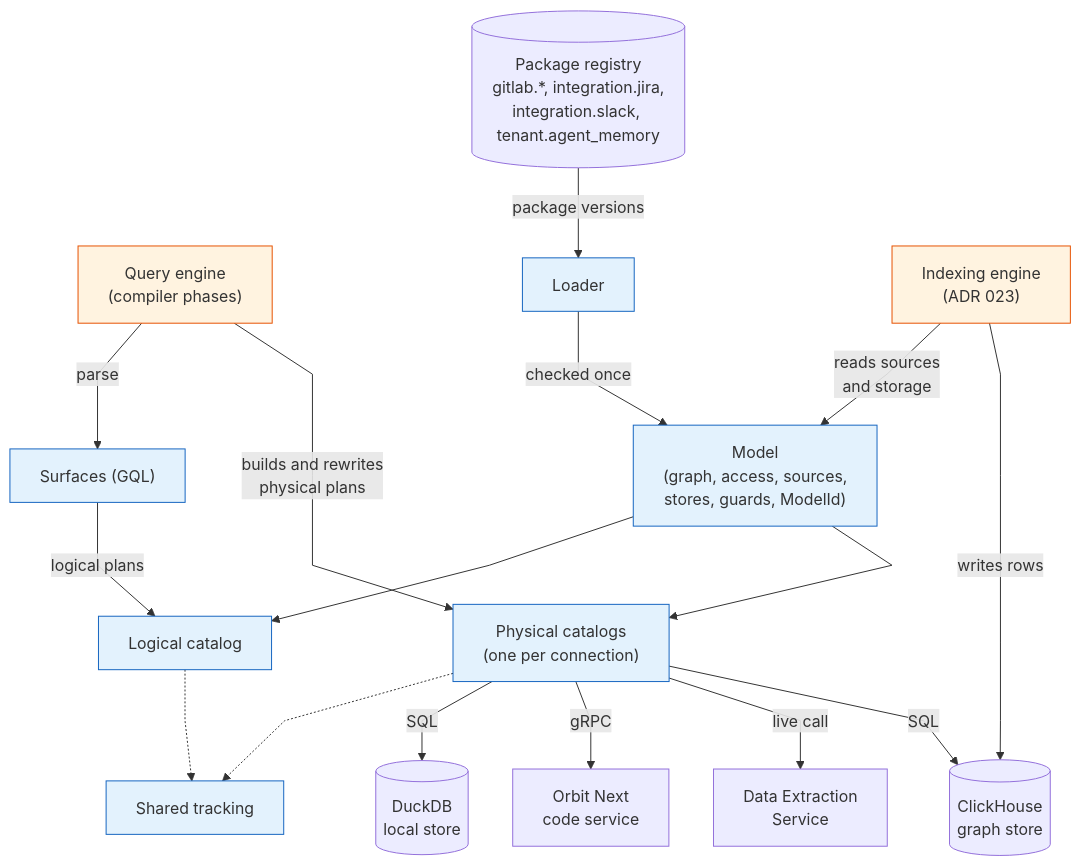
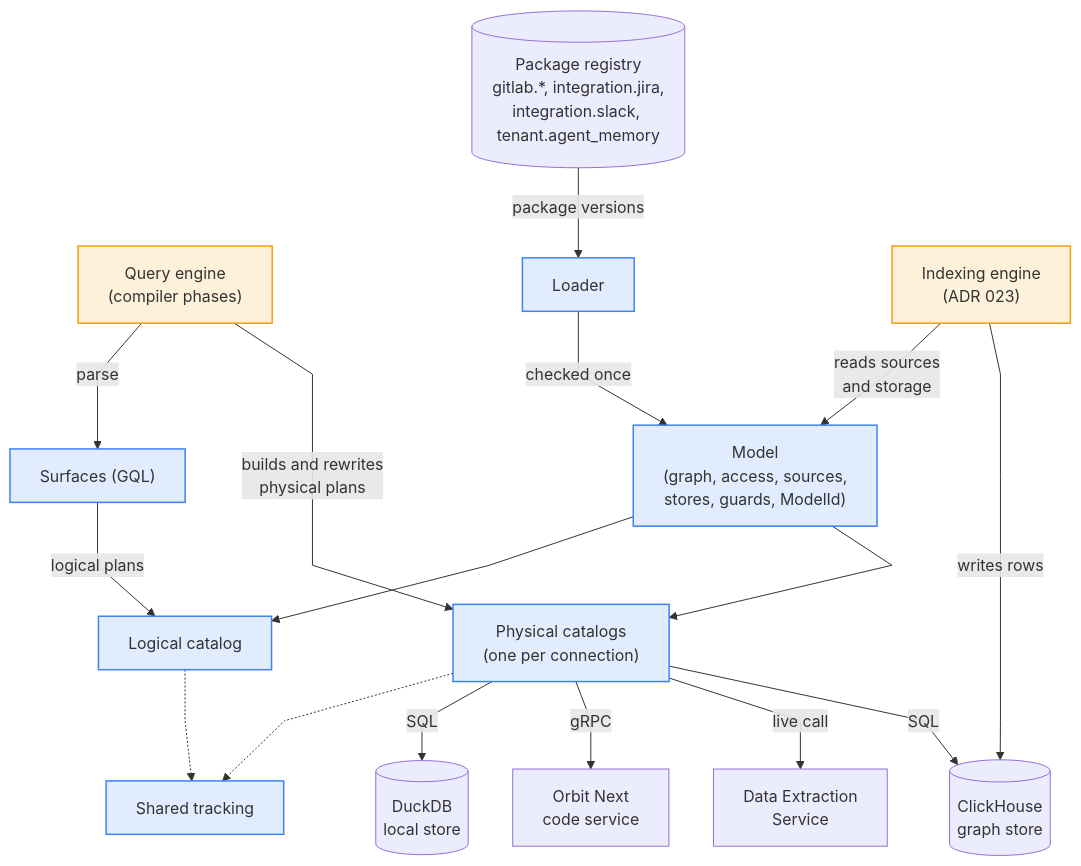
The first of 8 diagrams in docs/pages/engineering/adr/024_pluggable_data_model.md (gitlabhq/orbit-knowledge-graph), drawn with Mermaid before and after one commit.

Commit message:
docs(adr): use the alpha palette in the ADR 024 system diagram

````diff
--- a/docs/pages/engineering/adr/024_pluggable_data_model.md
+++ b/docs/pages/engineering/adr/024_pluggable_data_model.md
@@ -65,40 +65,40 @@
 ```mermaid
 %%{init: {"flowchart": {"curve": "linear", "nodeSpacing": 45, "rankSpacing": 55}}}%%
 flowchart TB
     accTitle: The data model in one picture
     accDescr: The package registry feeds the loader, which checks packages once into the model. The model exposes a logical catalog and one physical catalog per connection, both built on shared tracking. The query engine parses through the surfaces and builds and rewrites physical plans through the catalogs, which send SQL, gRPC or live calls to the backends. The indexing engine reads sources and storage from the model and writes rows to ClickHouse.
     REG[("Package registry<br/>gitlab.*, integration.jira,<br/>integration.slack, tenant.agent_memory")]
     E["Query engine<br/>(compiler phases)"]
     L["Loader"]
     IX["Indexing engine<br/>(ADR 023)"]
     S["Surfaces (GQL)"]
     M["Model<br/>(graph, access, sources,<br/>stores, guards, ModelId)"]
     LC["Logical catalog"]
     PC["Physical catalogs<br/>(one per connection)"]
     T["Shared tracking"]
     DD[("DuckDB<br/>local store")]
     ON["Orbit Next<br/>code service"]
     DES["Data Extraction<br/>Service"]
     CH[("ClickHouse<br/>graph store")]
 
     REG -->|package versions| L
     L -->|checked once| M
     E -->|parse| S
     S -->|logical plans| LC
     M --> LC
     M --> PC
     E -->|builds and rewrites<br/>physical plans| PC
     IX -->|reads sources<br/>and storage| M
     LC -.-> T
     PC -.-> T
     PC -->|SQL| DD
     PC -->|gRPC| ON
     PC -->|live call| DES
     PC -->|SQL| CH
     IX -->|writes rows| CH
 
-    classDef qdm fill:#E3F2FD,stroke:#1565C0
-    classDef engine fill:#FFF3E0,stroke:#E65100
+    classDef qdm fill:#3B82F626,stroke:#3B82F6,stroke-width:1.5px
+    classDef engine fill:#F59E0B26,stroke:#F59E0B,stroke-width:1.5px
     class L,M,S,LC,PC,T qdm
     class E,IX engine
 ```
````
